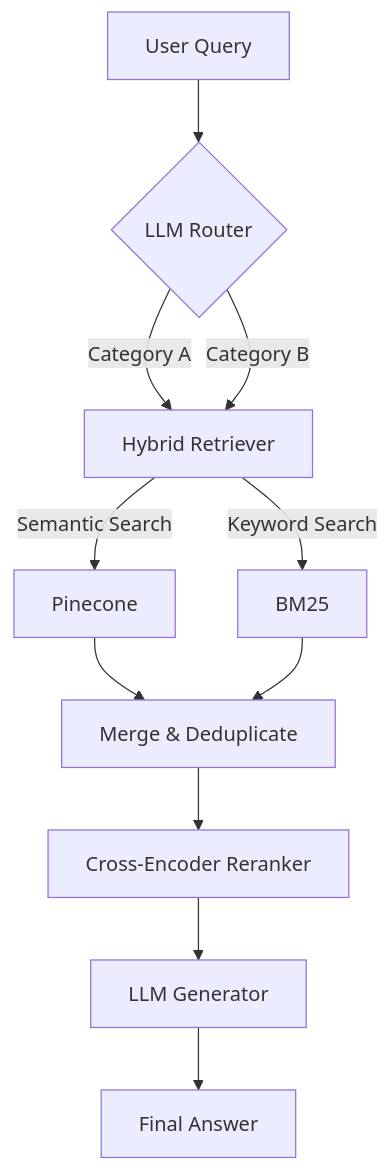
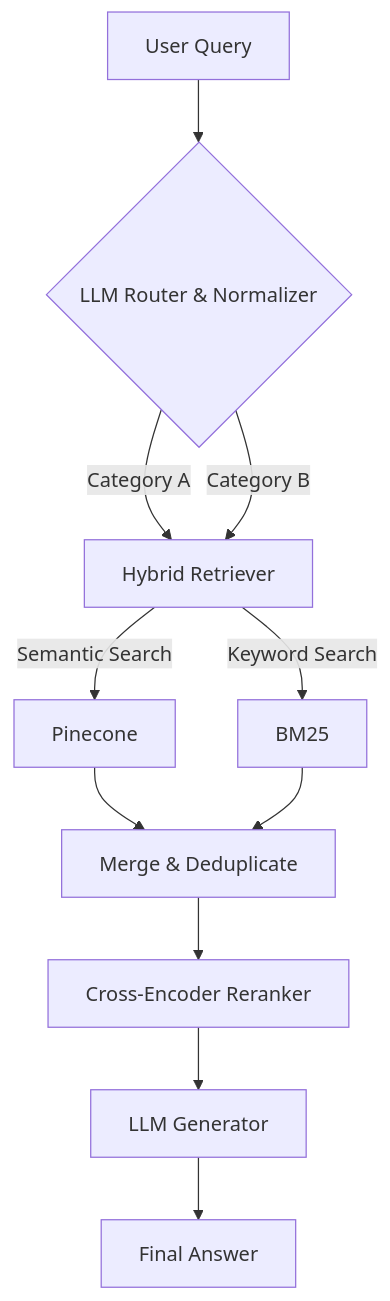
Before and after one commit to NufalXBaalash/Food_Safety_RAG: the diagram in README.md, drawn with Mermaid. The commit also changed other lines of this file and 46 other files, not shown here.

Commit message:
feat: implement RAG pipeline with LLM-based query routing, embedding generation, and Groq fallback capabilities.

````diff
--- a/README.md
+++ b/README.md
@@ -32,13 +33,13 @@
 ```mermaid
 graph TD
-    A[User Query] --> B{LLM Router}
+    A[User Query] --> B{LLM Router & Normalizer}
     B -->|Category A| C[Hybrid Retriever]
     B -->|Category B| C
     C -->|Semantic Search| D[Pinecone]
     C -->|Keyword Search| E[BM25]
     D --> F[Merge & Deduplicate]
     E --> F
     F --> G[Cross-Encoder Reranker]
     G --> H[LLM Generator]
     H --> I[Final Answer]
 ```
````
